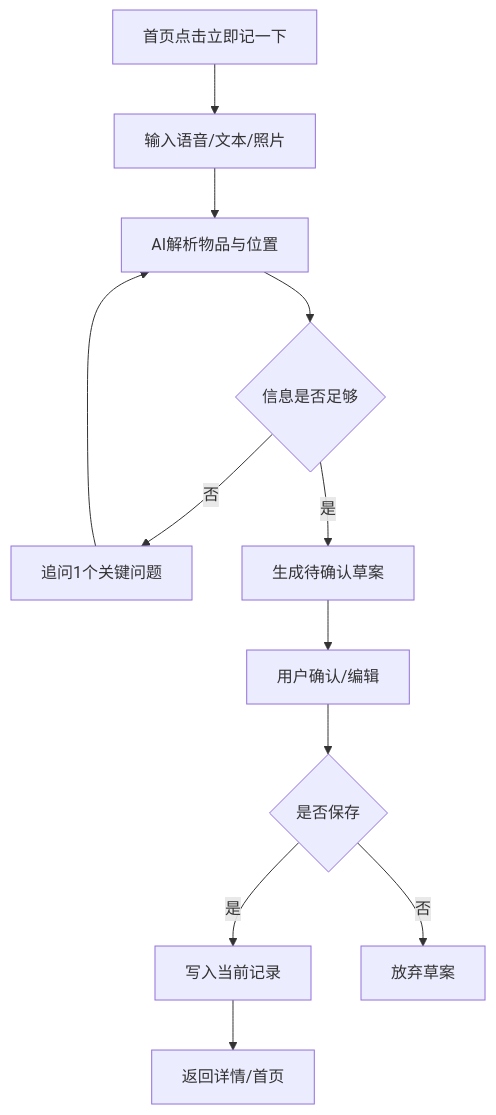
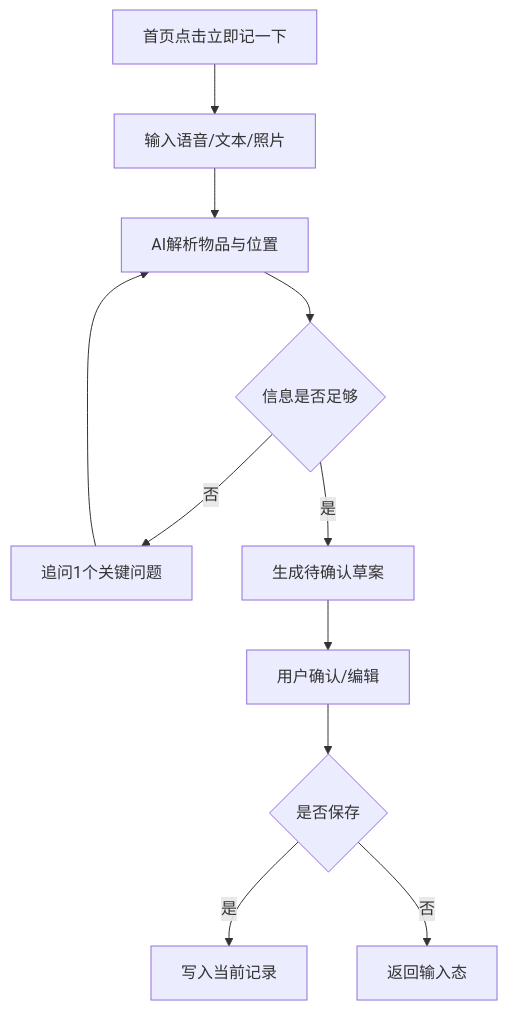
Before and after one commit to SK-Runner/remember-everything: the second of 5 diagrams in doc/产品规划/物品位置记忆APP_MVP_PRD.md, drawn with Mermaid. The commit also changed other lines of this file and 1 other file, not shown here.

````diff
--- a/doc/产品规划/物品位置记忆APP_MVP_PRD.md
+++ b/doc/产品规划/物品位置记忆APP_MVP_PRD.md
@@ -361,14 +242,13 @@
 ```mermaid
 flowchart TD
     A[首页点击立即记一下] --> B[输入语音/文本/照片]
     B --> C[AI解析物品与位置]
     C --> D{信息是否足够}
     D -- 否 --> E[追问1个关键问题]
     E --> C
     D -- 是 --> F[生成待确认草案]
     F --> G[用户确认/编辑]
     G --> H{是否保存}
     H -- 是 --> I[写入当前记录]
-    I --> J[返回详情/首页]
-    H -- 否 --> K[放弃草案]
+    H -- 否 --> J[返回输入态]
 ```
````
